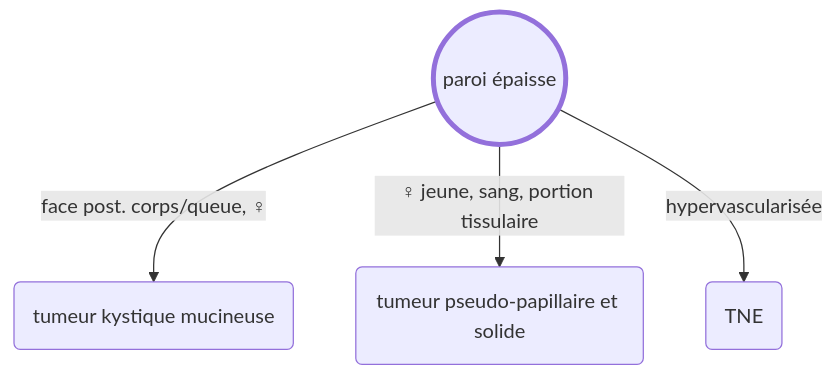
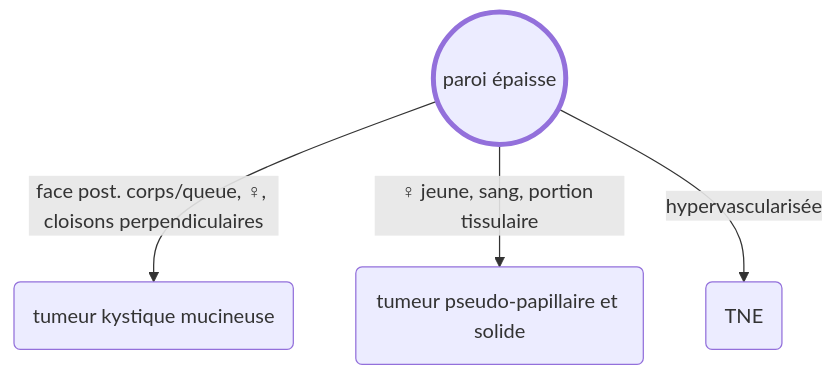
The third of 4 diagrams in docs/dig/pancréas.md (drlefevre/drlef), drawn with Mermaid before and after one commit. The commit also changed other lines of this file and 3 other files, not shown here.

````diff
--- a/docs/dig/pancréas.md
+++ b/docs/dig/pancréas.md
@@ -104,7 +106,7 @@
     ``` mermaid
     flowchart TD
-        style A stroke-width:4px
-        A((paroi épaisse)) -->|face post. corps/queue, ♀| B(tumeur kystique mucineuse);
-        A -->|♀ jeune, sang, portion tissulaire| C(tumeur pseudo-papillaire et solide); 
-        A -->|hypervascularisée| D(TNE); 
+        style F stroke-width:4px
+        F((paroi épaisse)) -->|face post. corps/queue, ♀, cloisons perpendiculaires| I(tumeur kystique mucineuse);
+        F -->|♀ jeune, sang, portion tissulaire| J(tumeur pseudo-papillaire et solide); 
+        F -->|hypervascularisée| K(TNE);
     ```
````
